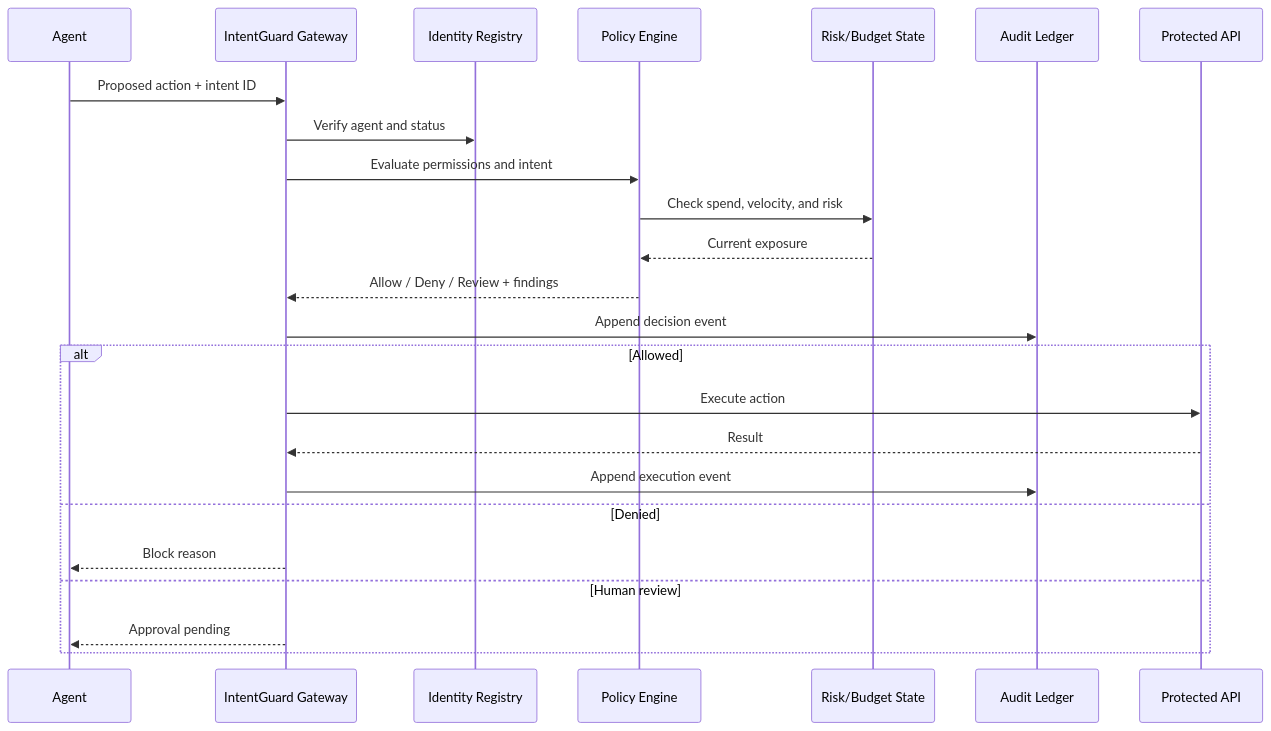
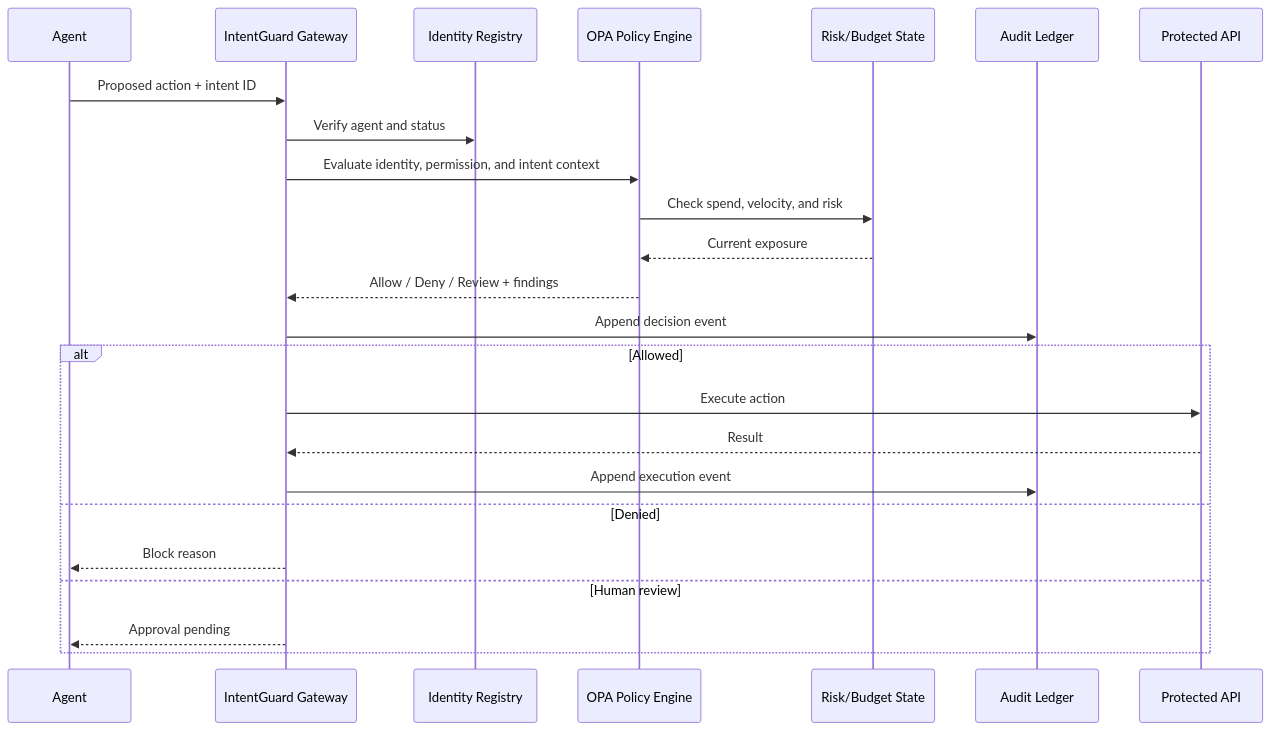
One commit to RatnamOjha/IntentGuard changed the second of 2 diagrams in docs/architecture.md. Above: the diagram before and after it, drawn with Mermaid. The commit also changed other lines of this file and 35 other files, not shown here.

````diff
--- a/docs/architecture.md
+++ b/docs/architecture.md
@@ -35,27 +59,27 @@
 ```mermaid
 sequenceDiagram
     participant Agent
     participant Gateway as IntentGuard Gateway
     participant Identity as Identity Registry
-    participant Policy as Policy Engine
+    participant Policy as OPA Policy Engine
     participant State as Risk/Budget State
     participant Audit as Audit Ledger
     participant Tool as Protected API
 
     Agent->>Gateway: Proposed action + intent ID
     Gateway->>Identity: Verify agent and status
-    Gateway->>Policy: Evaluate permissions and intent
+    Gateway->>Policy: Evaluate identity, permission, and intent context
     Policy->>State: Check spend, velocity, and risk
     State-->>Policy: Current exposure
     Policy-->>Gateway: Allow / Deny / Review + findings
     Gateway->>Audit: Append decision event
     alt Allowed
         Gateway->>Tool: Execute action
         Tool-->>Gateway: Result
         Gateway->>Audit: Append execution event
     else Denied
         Gateway-->>Agent: Block reason
     else Human review
         Gateway-->>Agent: Approval pending
     end
 ```
````
